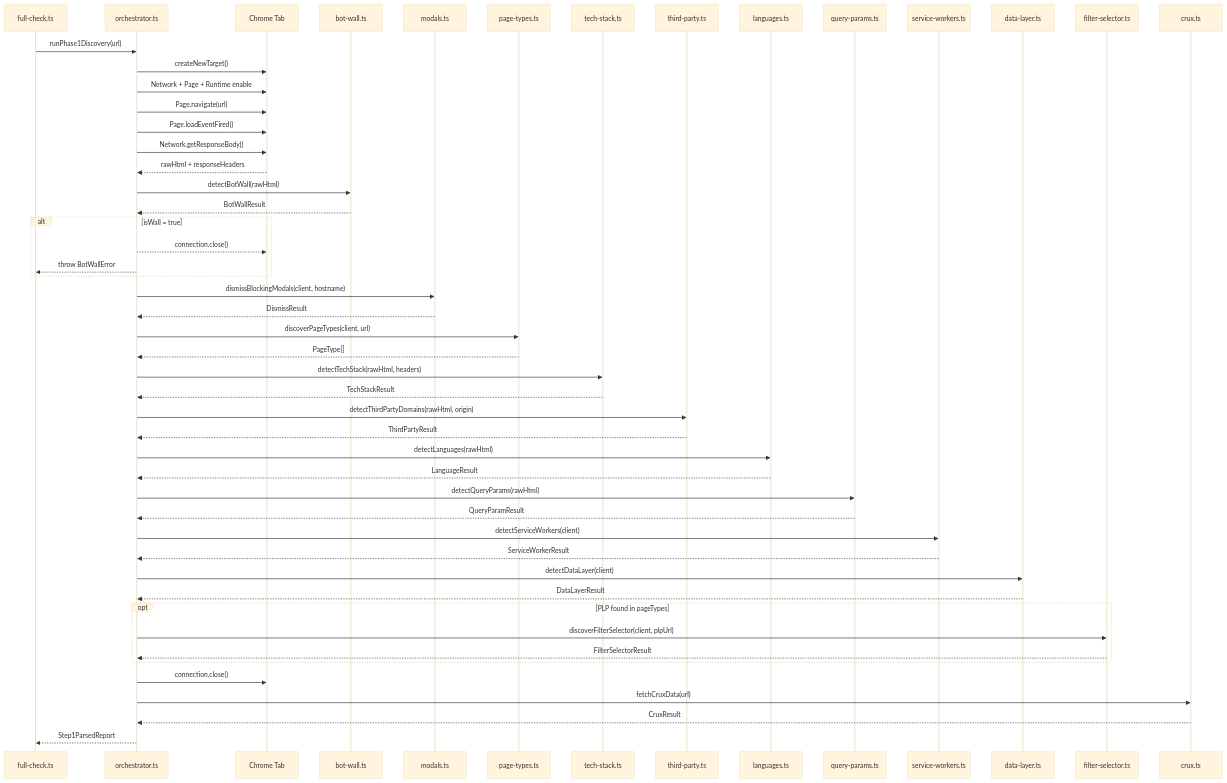
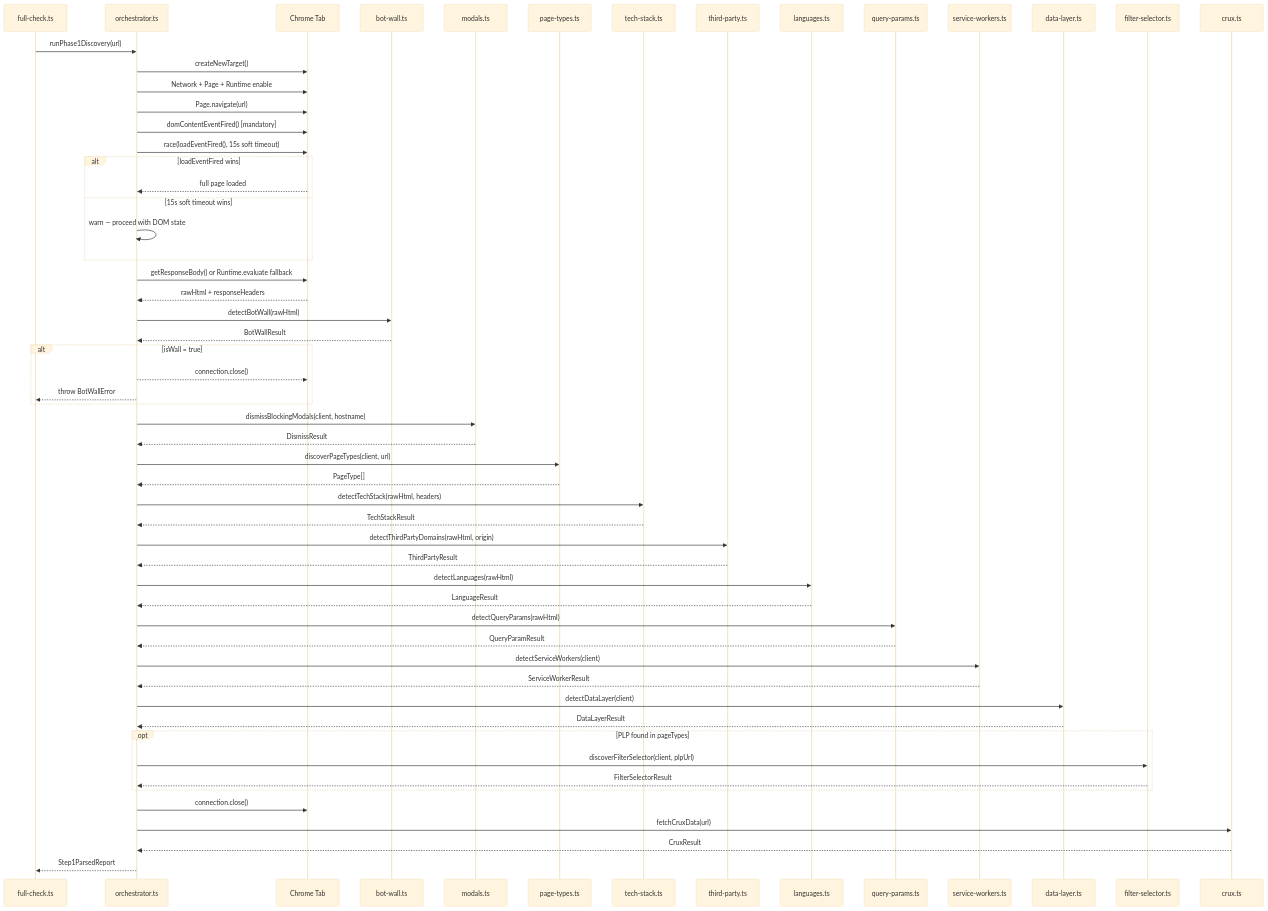
The first of 2 diagrams in docs/discover-phase1/architecture/orchestrator.md (BugGreen/ai-prevetting), drawn with Mermaid (base theme) before and after one commit. The commit also changed other lines of this file and 6 other files, not shown here.

First line of the commit message:
fix(phase1): replace loadEventFired with Smart Wait strategy

````diff
--- a/docs/discover-phase1/architecture/orchestrator.md
+++ b/docs/discover-phase1/architecture/orchestrator.md
@@ -23,69 +23,77 @@
 ```mermaid
 sequenceDiagram
     participant FC as full-check.ts
     participant O as orchestrator.ts
     participant CDP as Chrome Tab
     participant BW as bot-wall.ts
     participant M as modals.ts
     participant PT as page-types.ts
     participant TS as tech-stack.ts
     participant TP as third-party.ts
     participant LG as languages.ts
     participant QP as query-params.ts
     participant SW as service-workers.ts
     participant DL as data-layer.ts
     participant FS as filter-selector.ts
     participant CX as crux.ts
 
     FC->>O: runPhase1Discovery(url)
     O->>CDP: createNewTarget()
     O->>CDP: Network + Page + Runtime enable
     O->>CDP: Page.navigate(url)
-    O->>CDP: Page.loadEventFired()
-    O->>CDP: Network.getResponseBody()
+    O->>CDP: domContentEventFired() [mandatory]
+    O->>CDP: race(loadEventFired(), 15s soft timeout)
+
+    alt loadEventFired wins
+        CDP-->>O: full page loaded
+    else 15s soft timeout wins
+        O->>O: warn — proceed with DOM state
+    end
+
+    O->>CDP: getResponseBody() or Runtime.evaluate fallback
     CDP-->>O: rawHtml + responseHeaders
 
     O->>BW: detectBotWall(rawHtml)
     BW-->>O: BotWallResult
 
     alt isWall = true
         O-->>CDP: connection.close()
         O-->>FC: throw BotWallError
     end
 
     O->>M: dismissBlockingModals(client, hostname)
     M-->>O: DismissResult
 
     O->>PT: discoverPageTypes(client, url)
     PT-->>O: PageType[]
 
     O->>TS: detectTechStack(rawHtml, headers)
     TS-->>O: TechStackResult
 
     O->>TP: detectThirdPartyDomains(rawHtml, origin)
     TP-->>O: ThirdPartyResult
 
     O->>LG: detectLanguages(rawHtml)
     LG-->>O: LanguageResult
 
     O->>QP: detectQueryParams(rawHtml)
     QP-->>O: QueryParamResult
 
     O->>SW: detectServiceWorkers(client)
     SW-->>O: ServiceWorkerResult
 
     O->>DL: detectDataLayer(client)
     DL-->>O: DataLayerResult
 
     opt PLP found in pageTypes
         O->>FS: discoverFilterSelector(client, plpUrl)
         FS-->>O: FilterSelectorResult
     end
 
     O->>CDP: connection.close()
 
     O->>CX: fetchCruxData(url)
     CX-->>O: CruxResult
 
     O-->>FC: Step1ParsedReport
 ```
````
